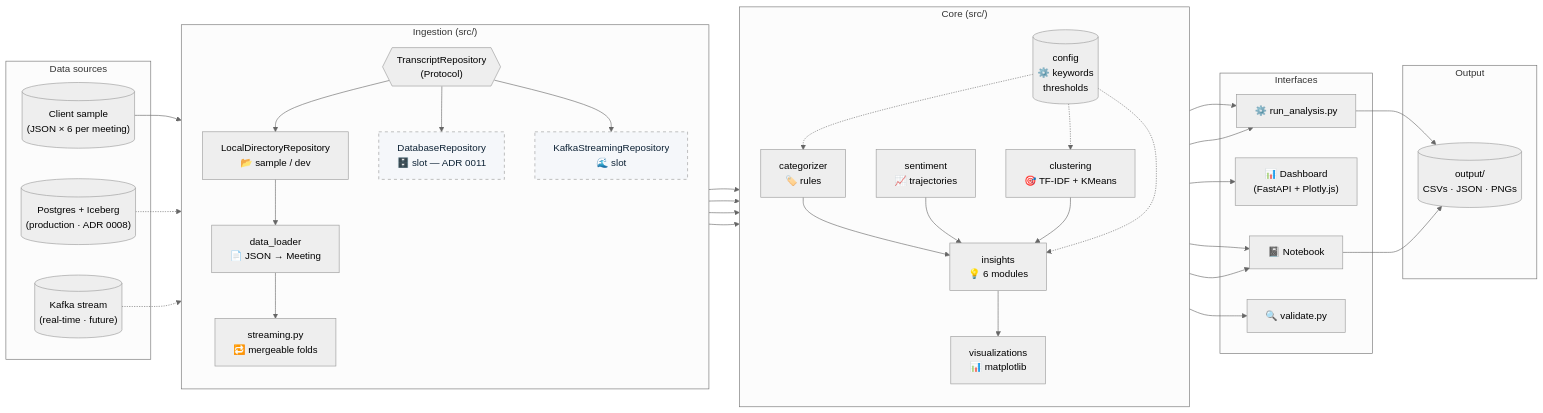
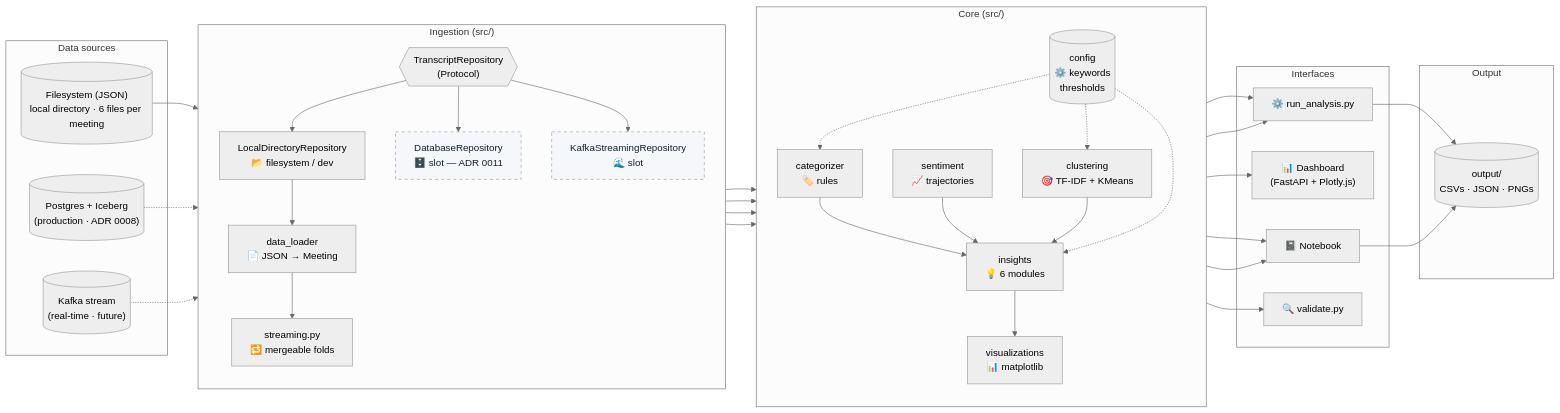
The first of 20 diagrams in docs/ARCHITECTURE.md (r2st/rubrik), drawn with Mermaid (neutral theme) before and after one commit. The commit also changed other lines of this file and 13 other files, not shown here.

````diff
--- a/docs/ARCHITECTURE.md
+++ b/docs/ARCHITECTURE.md
@@ -19,74 +19,74 @@
 ```mermaid
 flowchart LR
     subgraph Sources["Data sources"]
-        Sample[("Client sample<br/>(JSON × 6 per meeting)")]
+        FsSrc[("Filesystem (JSON)<br/>local directory · 6 files per meeting")]
         DBSrc[("Postgres + Iceberg<br/>(production · ADR 0008)")]
         Stream[("Kafka stream<br/>(real-time · future)")]
     end
 
     subgraph Ingest["Ingestion (src/)"]
         direction TB
         Repo{{"TranscriptRepository<br/>(Protocol)"}}
-        Local["LocalDirectoryRepository<br/>📂 sample / dev"]
+        Local["LocalDirectoryRepository<br/>📂 filesystem / dev"]
         DBRepo["DatabaseRepository<br/>🗄️ slot — ADR 0011"]
         KStream["KafkaStreamingRepository<br/>🌊 slot"]
         Loader["data_loader<br/>📄 JSON → Meeting"]
         Stream2["streaming.py<br/>🔁 mergeable folds"]
         Repo --> Local
         Repo --> DBRepo
         Repo --> KStream
         Local --> Loader
         Loader --> Stream2
     end
 
     subgraph Core["Core (src/)"]
         direction TB
         Cat["categorizer<br/>🏷️ rules"]
         Sent["sentiment<br/>📈 trajectories"]
         Clust["clustering<br/>🎯 TF-IDF + KMeans"]
         Ins["insights<br/>💡 6 modules"]
         Viz["visualizations<br/>📊 matplotlib"]
         Cfg[("config<br/>⚙️ keywords<br/>thresholds")]
     end
 
     subgraph Interfaces["Interfaces"]
         NB["📓 Notebook"]
         DB["📊 Dashboard<br/>(FastAPI + Plotly.js)"]
         CLI["⚙️ run_analysis.py"]
         Val["🔍 validate.py"]
     end
 
     subgraph OutputG["Output"]
         Out[("output/<br/>CSVs · JSON · PNGs")]
     end
 
-    Sample --> Local
+    FsSrc --> Local
     DBSrc -.-> DBRepo
     Stream -.-> KStream
 
     Loader --> Cat
     Loader --> Sent
     Loader --> Clust
     Stream2 --> Ins
     Cat --> Ins
     Sent --> Ins
     Clust --> Ins
     Ins --> Viz
 
     Cfg -.-> Cat
     Cfg -.-> Clust
     Cfg -.-> Ins
 
     Ins --> NB
     Ins --> DB
     Ins --> CLI
     Ins --> Val
     Viz --> NB
     Viz --> CLI
 
     CLI --> Out
     NB --> Out
 
     classDef slot stroke-dasharray: 5 5,fill:#f5f7fa,color:#0d2235
     class DBRepo,KStream slot
 ```
````
